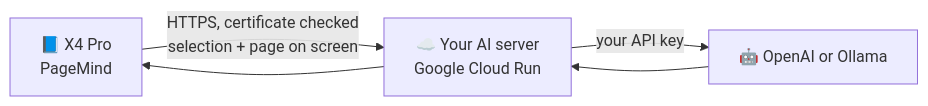
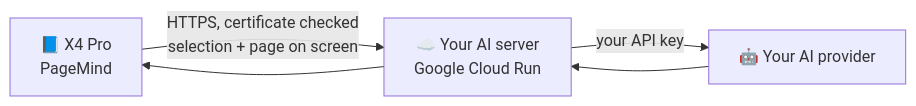
One commit to nadeemcite/pagemind changed the diagram in README.md. Above: the diagram before and after it, drawn with Mermaid. The commit also changed other lines of this file and 2 other files, not shown here.

````diff
--- a/README.md
+++ b/README.md
@@ -56,6 +57,6 @@
 ```mermaid
 flowchart LR
     R["📘 X4 Pro<br/>PageMind"] -- "HTTPS, certificate checked<br/>selection + page on screen" --> S["☁️ Your AI server<br/>Google Cloud Run"]
-    S -- "your API key" --> P["🤖 OpenAI or Ollama"]
+    S -- "your API key" --> P["🤖 Your AI provider"]
     P --> S --> R
 ```
````
